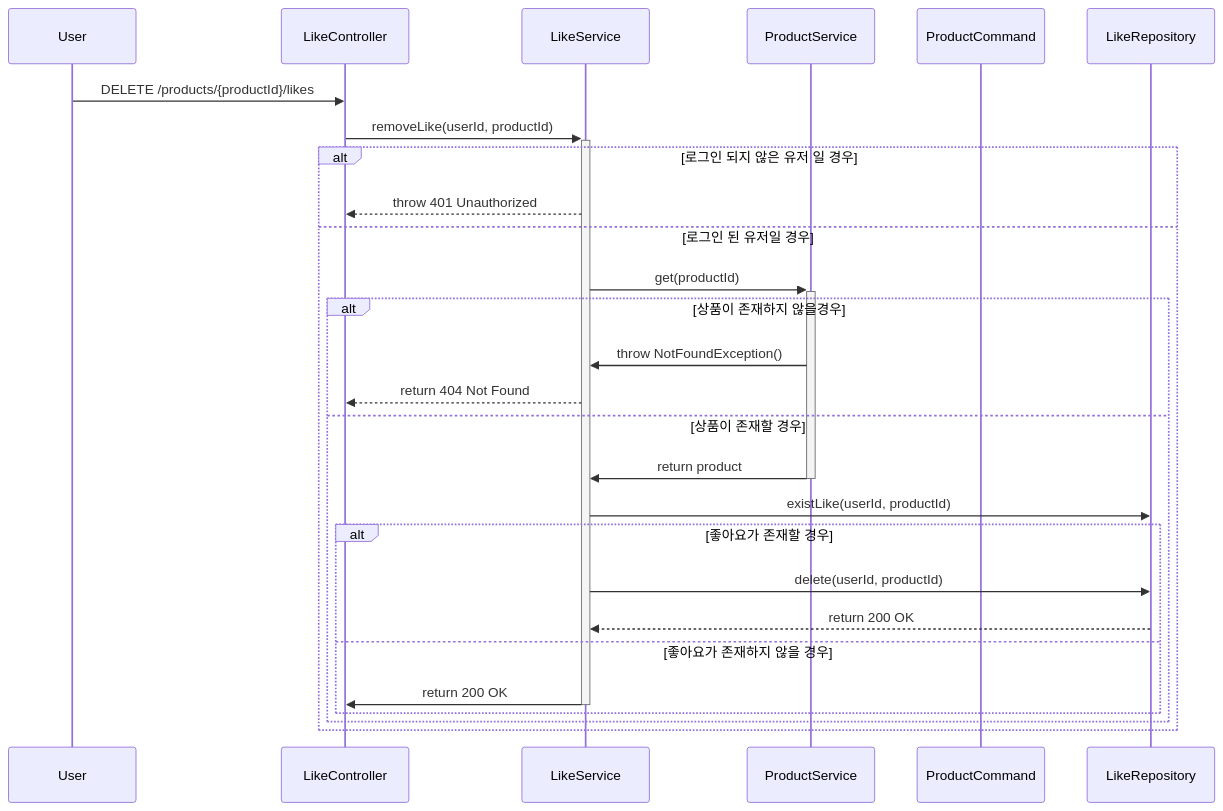
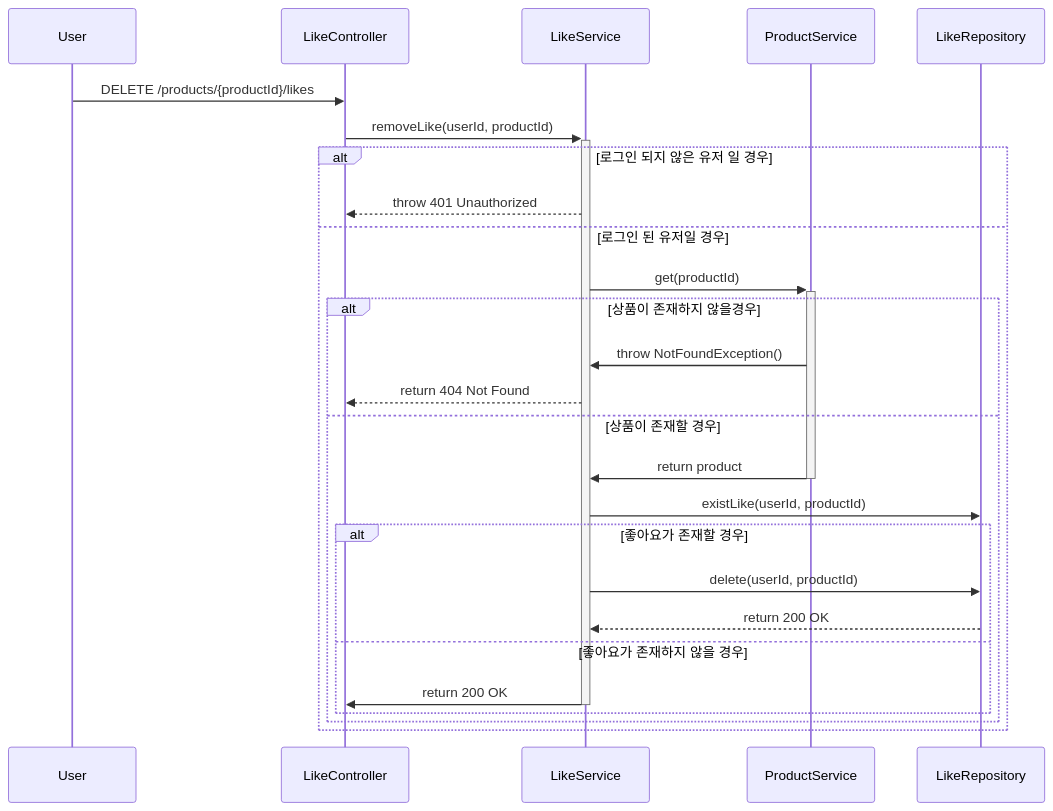
The fifth of 9 diagrams in docs/design/02-sequence-diagrams.md (moonjin-kim/door-commerce), drawn with Mermaid before and after one commit. The commit also changed other lines of this file and 16 other files, not shown here.

````diff
--- a/docs/design/02-sequence-diagrams.md
+++ b/docs/design/02-sequence-diagrams.md
@@ -106,31 +100,30 @@
 ```mermaid
 sequenceDiagram
     participant User
     participant LikeController
     participant LikeService
     participant ProductService
-    participant ProductCommand
     participant LikeRepository
     
     User->>LikeController: DELETE /products/{productId}/likes
     LikeController->>+LikeService: removeLike(userId, productId)
     alt 로그인 되지 않은 유저 일 경우
         LikeService-->>LikeController: throw 401 Unauthorized
     else 로그인 된 유저일 경우
         LikeService->>+ProductService: get(productId)
         alt 상품이 존재하지 않을경우
             ProductService->>LikeService: throw NotFoundException()
             LikeService-->>LikeController: return 404 Not Found
         else 상품이 존재할 경우
             ProductService->>-LikeService: return product
             LikeService->>LikeRepository: existLike(userId, productId)
             alt 좋아요가 존재할 경우
                 LikeService->>LikeRepository: delete(userId, productId)
                 LikeRepository-->>LikeService: return 200 OK
             else 좋아요가 존재하지 않을 경우
                 LikeService->>-LikeController: return 200 OK
             end
         end
     end
 
 ```
````
